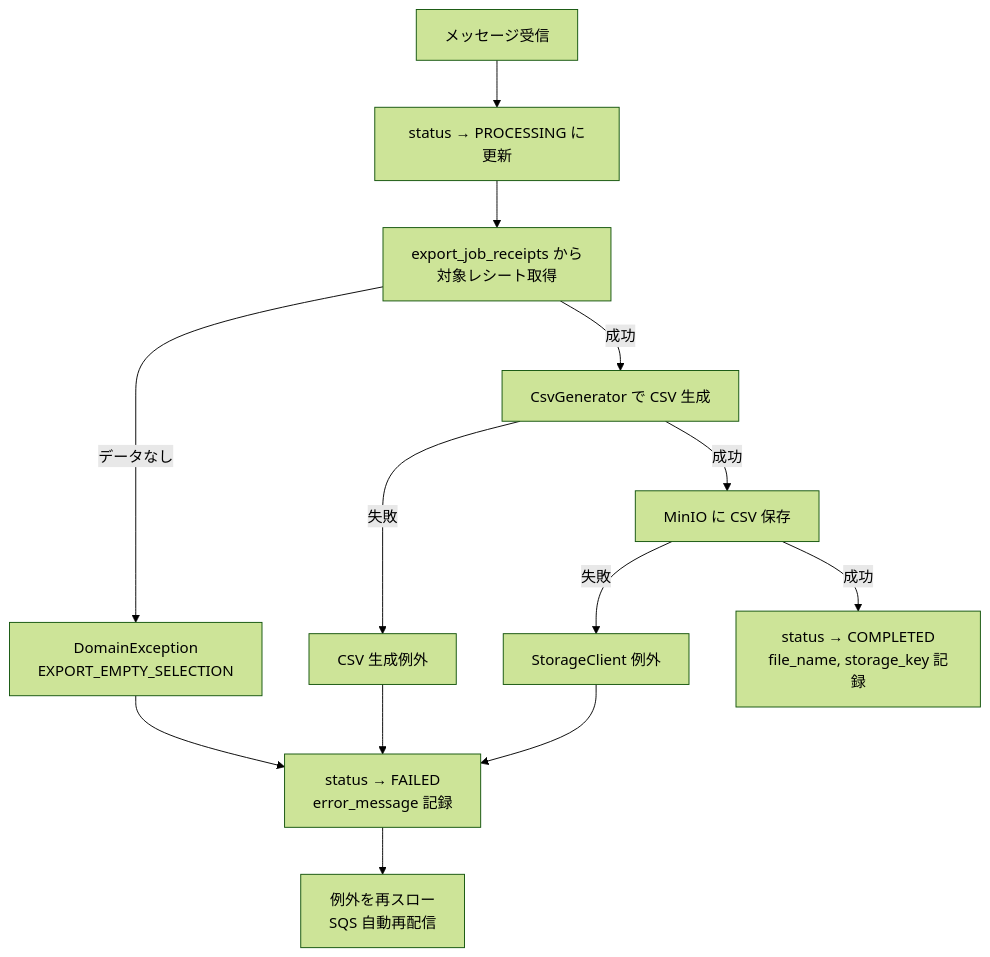
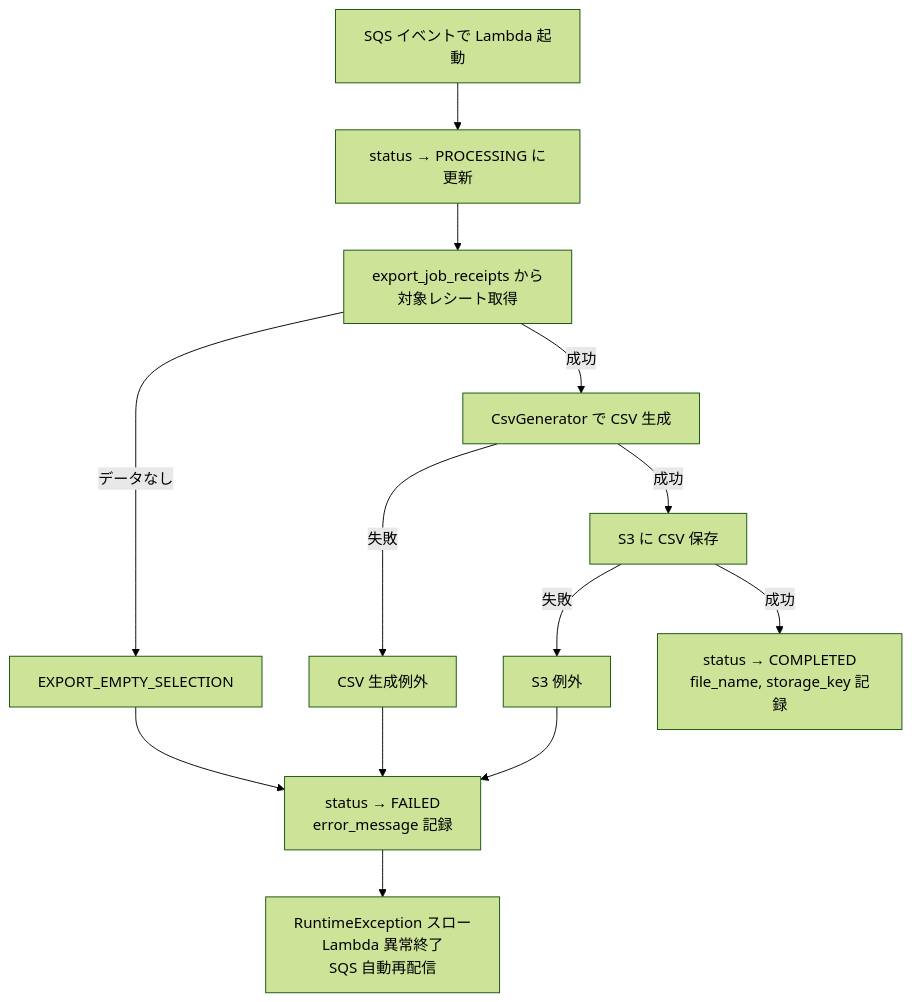
One commit to akihotsuji/portfolio-receipt-ocr changed the second of 2 diagrams in docs/3.詳細設計/エラーハンドリング設計書.md. Above: the diagram before and after it, drawn with Mermaid (forest theme). The commit also changed other lines of this file and 10 other files, not shown here.

````diff
--- a/docs/3.詳細設計/エラーハンドリング設計書.md
+++ b/docs/3.詳細設計/エラーハンドリング設計書.md
@@ -588,15 +619,15 @@
 ```mermaid
 flowchart TD
-    A[メッセージ受信] --> B[status → PROCESSING に更新]
+    A[SQS イベントで Lambda 起動] --> B[status → PROCESSING に更新]
     B --> C[export_job_receipts から<br>対象レシート取得]
-    C -->|データなし| D[DomainException<br>EXPORT_EMPTY_SELECTION]
+    C -->|データなし| D[EXPORT_EMPTY_SELECTION]
     C -->|成功| E[CsvGenerator で CSV 生成]
     E -->|失敗| F[CSV 生成例外]
-    E -->|成功| G[MinIO に CSV 保存]
-    G -->|失敗| H[StorageClient 例外]
+    E -->|成功| G[S3 に CSV 保存]
+    G -->|失敗| H[S3 例外]
     G -->|成功| I[status → COMPLETED<br>file_name, storage_key 記録]
     D --> J[status → FAILED<br>error_message 記録]
     F --> J
     H --> J
-    J --> K[例外を再スロー<br>SQS 自動再配信]
+    J --> K[RuntimeException スロー<br>Lambda 異常終了<br>SQS 自動再配信]
 ```
````
